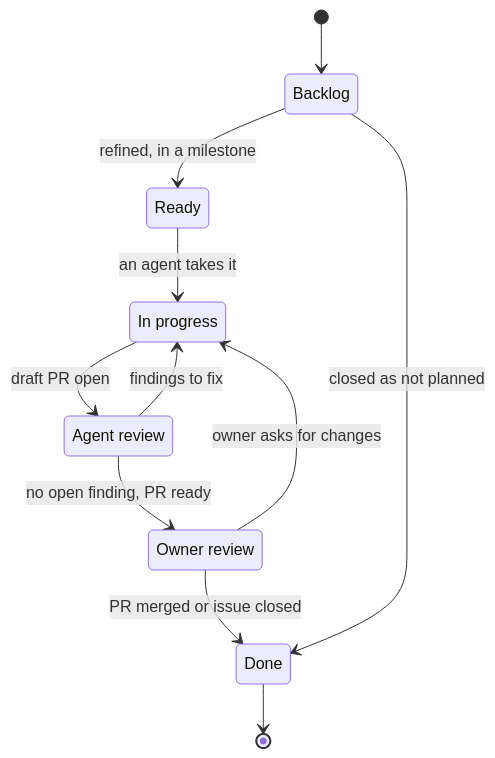
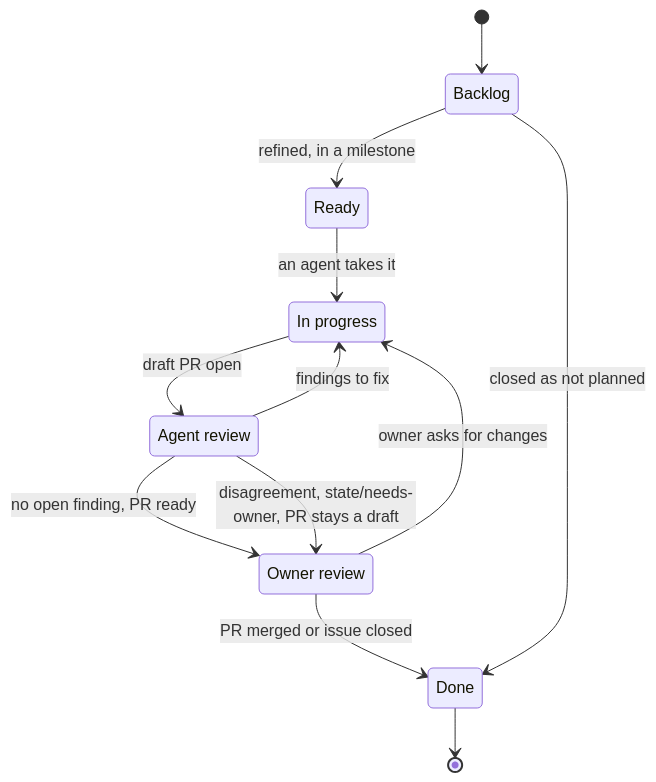
One commit to gsuquet/homelab changed the fifth of 7 diagrams in docs/records/rfcs/0002-how-we-work.md. Above: the diagram before and after it, drawn with Mermaid. The commit also changed other lines of this file, not shown here.

First line of the commit message:
docs(records): apply review round 2 to RFC 0002

````diff
--- a/docs/records/rfcs/0002-how-we-work.md
+++ b/docs/records/rfcs/0002-how-we-work.md
@@ -305,16 +322,17 @@
 ```mermaid
 stateDiagram-v2
     state "In progress" as InProgress
     state "Agent review" as AgentReview
     state "Owner review" as OwnerReview
     [*] --> Backlog
     Backlog --> Ready: refined, in a milestone
     Ready --> InProgress: an agent takes it
     InProgress --> AgentReview: draft PR open
     AgentReview --> InProgress: findings to fix
     AgentReview --> OwnerReview: no open finding, PR ready
+    AgentReview --> OwnerReview: disagreement, state/needs-owner, PR stays a draft
     OwnerReview --> InProgress: owner asks for changes
     OwnerReview --> Done: PR merged or issue closed
     Backlog --> Done: closed as not planned
     Done --> [*]
 ```
````
